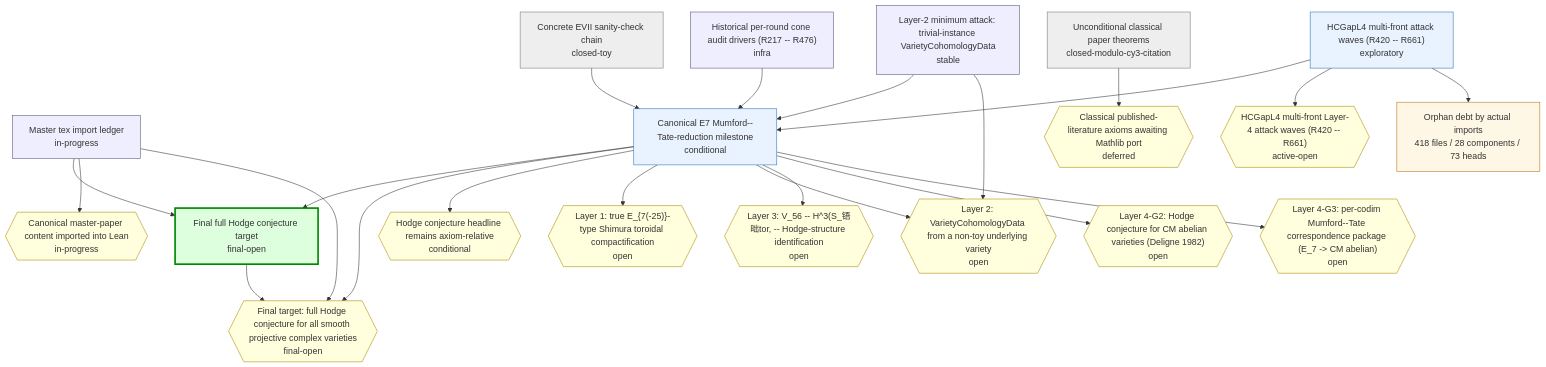
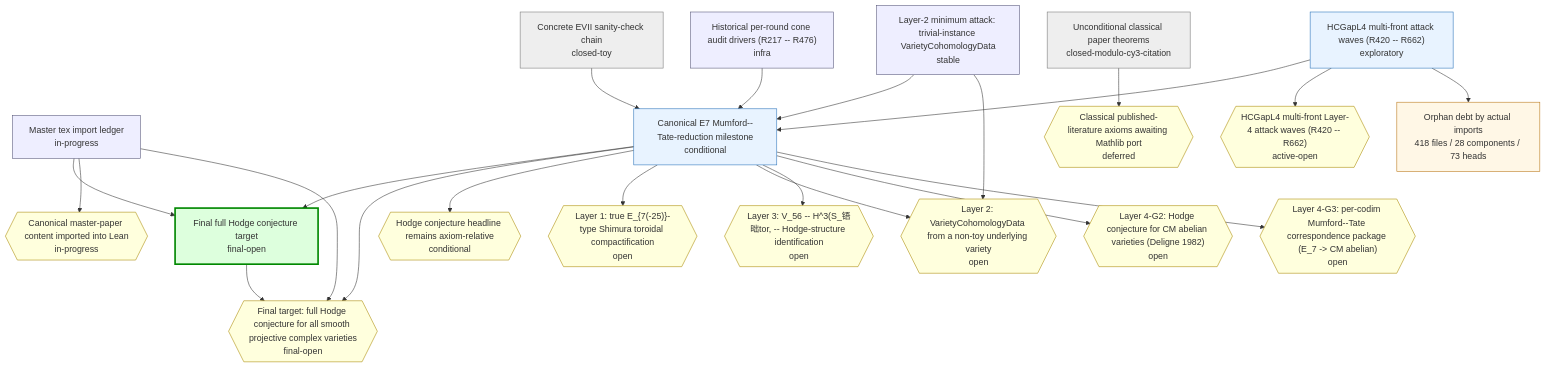
Before and after one commit to crabsatellite/hodge-conjecture-lean4-formalization: the first of 2 diagrams in chain-status/research-map.md, drawn with Mermaid. The commit also changed other lines of this file and 8 other files, not shown here.

````diff
--- a/chain-status/research-map.md
+++ b/chain-status/research-map.md
@@ -46,54 +46,54 @@
 ```mermaid
 graph TD
   classDef main fill:#dfd,stroke:#080,stroke-width:3px
   classDef active fill:#e8f3ff,stroke:#2670b8
   classDef support fill:#eef,stroke:#557
   classDef closed fill:#eee,stroke:#777
   classDef dead fill:#fdd,stroke:#a00,stroke-width:2px
   classDef gapOpen fill:#ffd,stroke:#a80
   classDef gapClosed fill:#eee,stroke:#777
   classDef gapDead fill:#fdd,stroke:#a00
   classDef debt fill:#fff7e6,stroke:#b87514
   classDef debtTaxonomy fill:#e8f3ff,stroke:#2670b8,stroke-dasharray:3 3
   classDef debtRule fill:#eefbea,stroke:#398439,stroke-dasharray:3 3
   classDef debtDead fill:#fdd,stroke:#a00,stroke-dasharray:3 3
   chain_full_hc_final_target["Final full Hodge conjecture target\nfinal-open"]:::main
   chain_master_paper_import_ledger["Master tex import ledger\nin-progress"]:::support
   chain_main_hc_axiom_relative["Canonical E7 Mumford--Tate-reduction milestone\nconditional"]:::active
   chain_unconditional_classical["Unconditional classical paper theorems\nclosed-modulo-cy3-citation"]:::closed
   chain_hcgap_l2_trivial_instances["Layer-2 minimum attack: trivial-instance VarietyCohomologyData\nstable"]:::support
-  chain_hcgap_l4_multifront_active["HCGapL4 multi-front attack waves (R420 -- R661)\nexploratory"]:::active
+  chain_hcgap_l4_multifront_active["HCGapL4 multi-front attack waves (R420 -- R662)\nexploratory"]:::active
   chain_concrete_evii_toy["Concrete EVII sanity-check chain\nclosed-toy"]:::closed
   chain_historical_cone_audits["Historical per-round cone audit drivers (R217 -- R476)\ninfra"]:::support
   gap_G_full_hc{{"Final target: full Hodge conjecture for all smooth projective complex varieties\nfinal-open"}}:::gapOpen
   gap_G_master_paper_import{{"Canonical master-paper content imported into Lean\nin-progress"}}:::gapOpen
   gap_G_main_hc{{"Hodge conjecture headline remains axiom-relative\nconditional"}}:::gapOpen
   gap_G_l1_e7_shimura_tor{{"Layer 1: true E_{7(-25)}-type Shimura toroidal compactification\nopen"}}:::gapOpen
   gap_G_l2_cohomology_construction{{"Layer 2: VarietyCohomologyData from a non-toy underlying variety\nopen"}}:::gapOpen
   gap_G_l3_v56_mt_identification{{"Layer 3: V_56 -- H^3(S_铻昢tor, -- Hodge-structure identification\nopen"}}:::gapOpen
   gap_G_l4_cm_abelian_hc{{"Layer 4-G2: Hodge conjecture for CM abelian varieties (Deligne 1982)\nopen"}}:::gapOpen
   gap_G_l4_mt_correspondence{{"Layer 4-G3: per-codim Mumford--Tate correspondence package (E_7 -> CM abelian)\nopen"}}:::gapOpen
   gap_G_classical_mathlib_port{{"Classical published-literature axioms awaiting Mathlib port\ndeferred"}}:::gapOpen
-  gap_G_hcgap_l4_multifront{{"HCGapL4 multi-front Layer-4 attack waves (R420 -- R661)\nactive-open"}}:::gapOpen
+  gap_G_hcgap_l4_multifront{{"HCGapL4 multi-front Layer-4 attack waves (R420 -- R662)\nactive-open"}}:::gapOpen
   chain_full_hc_final_target --> gap_G_full_hc
   chain_master_paper_import_ledger --> chain_full_hc_final_target
   chain_master_paper_import_ledger --> gap_G_master_paper_import
   chain_master_paper_import_ledger --> gap_G_full_hc
   chain_main_hc_axiom_relative --> chain_full_hc_final_target
   chain_main_hc_axiom_relative --> gap_G_full_hc
   chain_main_hc_axiom_relative --> gap_G_main_hc
   chain_main_hc_axiom_relative --> gap_G_l1_e7_shimura_tor
   chain_main_hc_axiom_relative --> gap_G_l2_cohomology_construction
   chain_main_hc_axiom_relative --> gap_G_l3_v56_mt_identification
   chain_main_hc_axiom_relative --> gap_G_l4_cm_abelian_hc
   chain_main_hc_axiom_relative --> gap_G_l4_mt_correspondence
   chain_unconditional_classical --> gap_G_classical_mathlib_port
   chain_hcgap_l2_trivial_instances --> chain_main_hc_axiom_relative
   chain_hcgap_l2_trivial_instances --> gap_G_l2_cohomology_construction
   chain_hcgap_l4_multifront_active --> chain_main_hc_axiom_relative
   chain_hcgap_l4_multifront_active --> gap_G_hcgap_l4_multifront
   chain_concrete_evii_toy --> chain_main_hc_axiom_relative
   chain_historical_cone_audits --> chain_main_hc_axiom_relative
   debt_all["Orphan debt by actual imports\n418 files / 28 components / 73 heads"]:::debt
   chain_hcgap_l4_multifront_active --> debt_all
 ```
````
